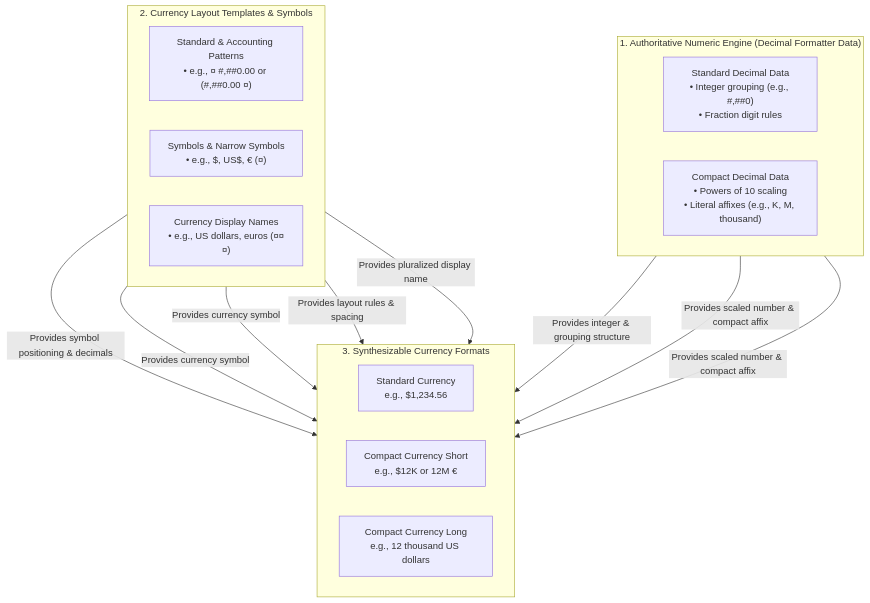
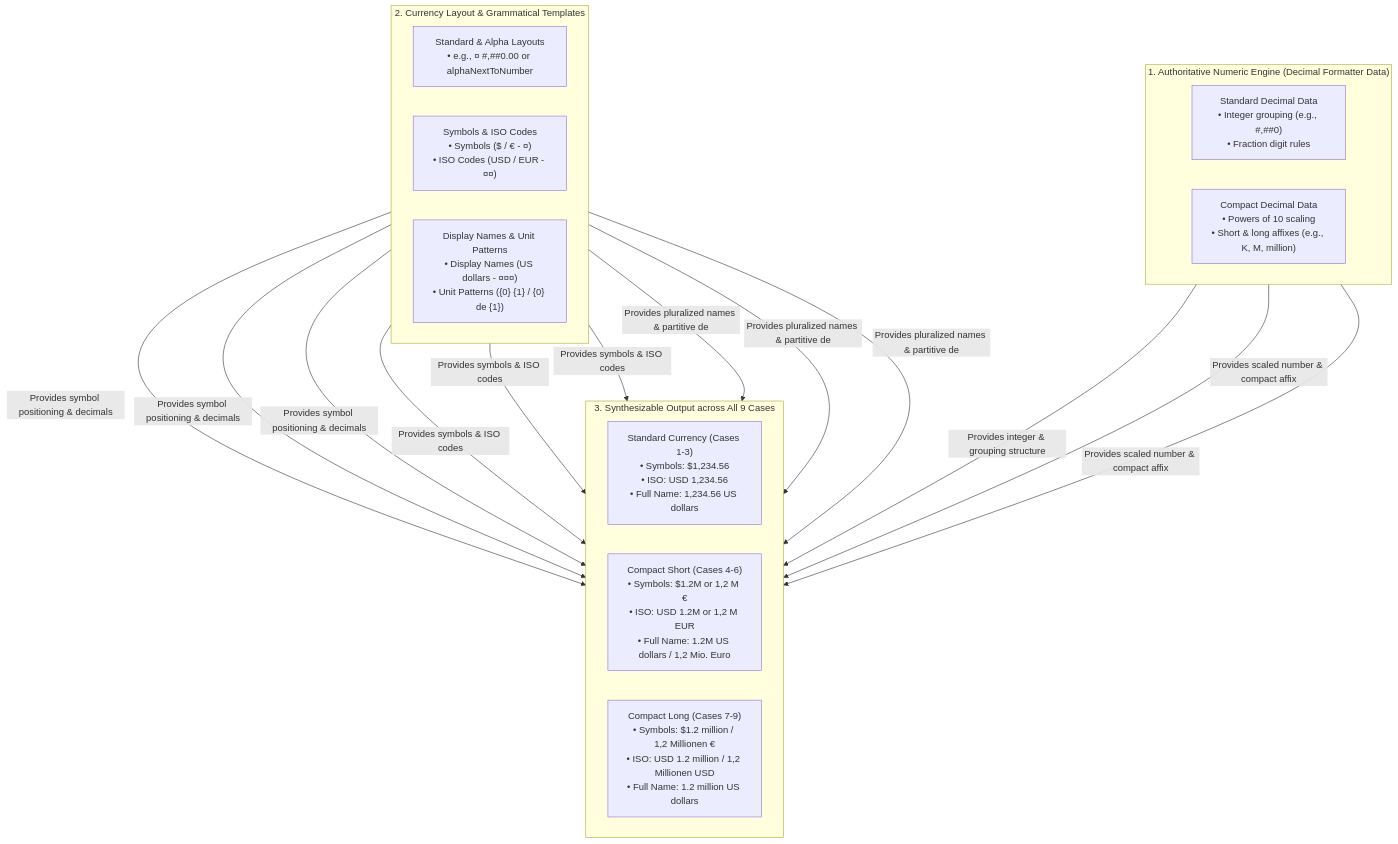
The first of 3 diagrams in compact_currency_and_units/compact_currency_and_units.md (younies/design_docs), drawn with Mermaid before and after one commit. The commit also changed other lines of this file, not shown here.

Commit message:
Refresh Section 1 (Executive Summary & Overview) across all 9 cases and 8 Jira issues
Enriches the master tracking header to explicitly reference all child sub-tickets
(CLDR-19628 through CLDR-19638), sharpens the overview paragraphs to explicitly highlight
all 9 Currency Formatting Cases, and enriches the Section 1.1 Mermaid diagram to map
Symbols (¤), ISO Codes (¤¤), and Full Names (¤¤¤) right into all 3 presentation tiers.

TAG=agy
CONV=6166bee8-2c9c-470f-a530-eb2ed5bb8da2

````diff
--- a/compact_currency_and_units/compact_currency_and_units.md
+++ b/compact_currency_and_units/compact_currency_and_units.md
@@ -17,30 +17,29 @@
 ```mermaid
 flowchart TD
     subgraph NumericEngine ["1. Authoritative Numeric Engine (Decimal Formatter Data)"]
         direction LR
         StdDec["Standard Decimal Data<br/>• Integer grouping (e.g., #,##0)<br/>• Fraction digit rules"]
-        CompDec["Compact Decimal Data<br/>• Powers of 10 scaling<br/>• Literal affixes (e.g., K, M, thousand)"]
+        CompDec["Compact Decimal Data<br/>• Powers of 10 scaling<br/>• Short & long affixes (e.g., K, M, million)"]
     end
 
-    subgraph CurrencyTemplates ["2. Currency Layout Templates & Symbols"]
+    subgraph CurrencyTemplates ["2. Currency Layout & Grammatical Templates"]
         direction LR
-        CP_Std["Standard & Accounting Patterns<br/>• e.g., ¤ #,##0.00 or (#,##0.00 ¤)"]
-        CS_Sym["Symbols & Narrow Symbols<br/>• e.g., $, US$, € (¤)"]
-        CS_Name["Currency Display Names<br/>• e.g., US dollars, euros (¤¤¤)"]
+        CP_Std["Standard & Alpha Layouts<br/>• e.g., ¤ #,##0.00 or alphaNextToNumber"]
+        CS_Sym["Symbols & ISO Codes<br/>• Symbols ($ / € - ¤)<br/>• ISO Codes (USD / EUR - ¤¤)"]
+        CS_Name["Display Names & Unit Patterns<br/>• Display Names (US dollars - ¤¤¤)<br/>• Unit Patterns ({0} {1} / {0} de {1})"]
     end
 
-    subgraph CurrencyOutput ["3. Synthesizable Currency Formats"]
+    subgraph CurrencyOutput ["3. Synthesizable Output across All 9 Cases"]
         direction LR
-        Out_Std["Standard Currency<br/>e.g., $1,234.56"]
-        Out_CompShort["Compact Currency Short<br/>e.g., $12K or 12M €"]
-        Out_CompLong["Compact Currency Long<br/>e.g., 12 thousand US dollars"]
+        Out_Std["Standard Currency (Cases 1-3)<br/>• Symbols: $1,234.56<br/>• ISO: USD 1,234.56<br/>• Full Name: 1,234.56 US dollars"]
+        Out_CompShort["Compact Short (Cases 4-6)<br/>• Symbols: $1.2M or 1,2 M €<br/>• ISO: USD 1.2M or 1,2 M EUR<br/>• Full Name: 1.2M US dollars / 1,2 Mio. Euro"]
+        Out_CompLong["Compact Long (Cases 7-9)<br/>• Symbols: $1.2 million / 1,2 Millionen €<br/>• ISO: USD 1.2 million / 1,2 Millionen USD<br/>• Full Name: 1.2 million US dollars"]
     end
 
     StdDec -->|"Provides integer & grouping structure"| Out_Std
-    CP_Std -->|"Provides symbol positioning & decimals"| Out_Std
-    CS_Sym -->|"Provides currency symbol"| Out_Std & Out_CompShort
+    CP_Std -->|"Provides symbol positioning & decimals"| Out_Std & Out_CompShort & Out_CompLong
+    CS_Sym -->|"Provides symbols & ISO codes"| Out_Std & Out_CompShort & Out_CompLong
 
     CompDec -->|"Provides scaled number & compact affix"| Out_CompShort & Out_CompLong
-    CP_Std -->|"Provides layout rules & spacing"| Out_CompShort
-    CS_Name -->|"Provides pluralized display name"| Out_CompLong
+    CS_Name -->|"Provides pluralized names & partitive de"| Out_Std & Out_CompShort & Out_CompLong
 ```
````
